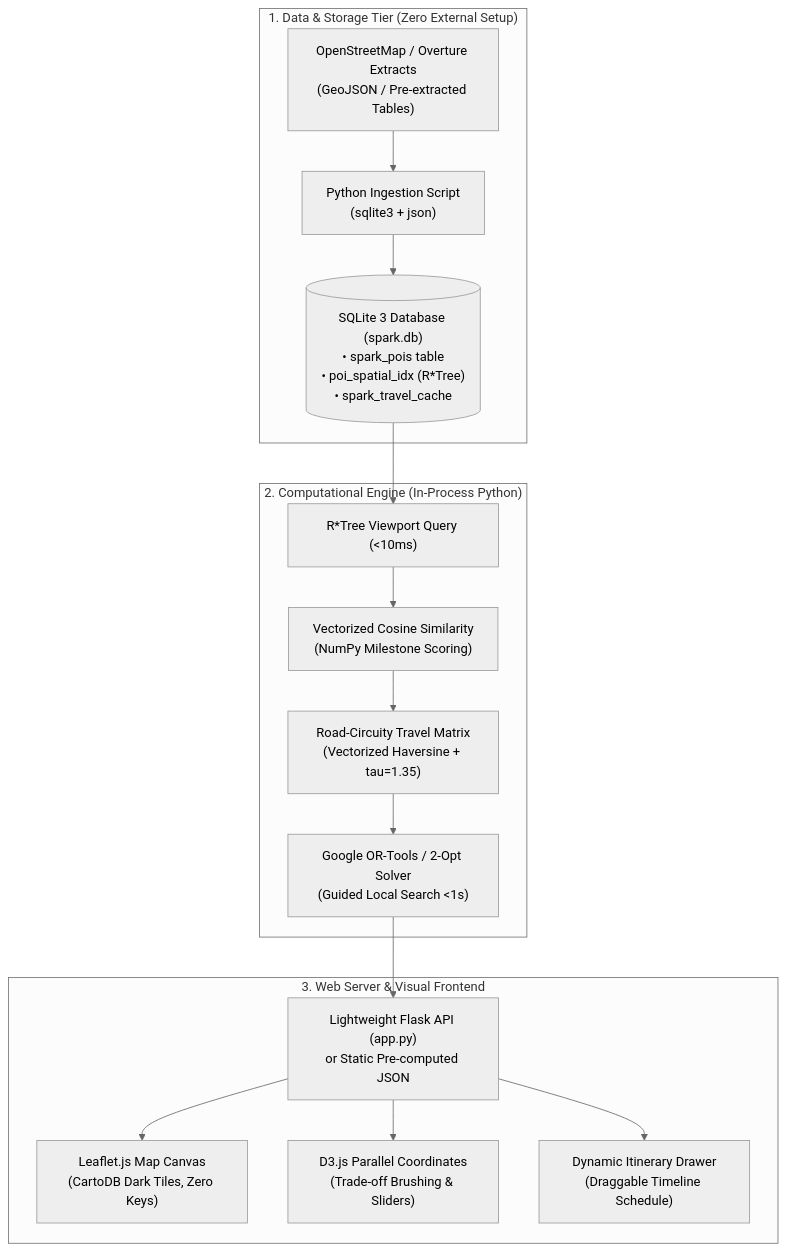
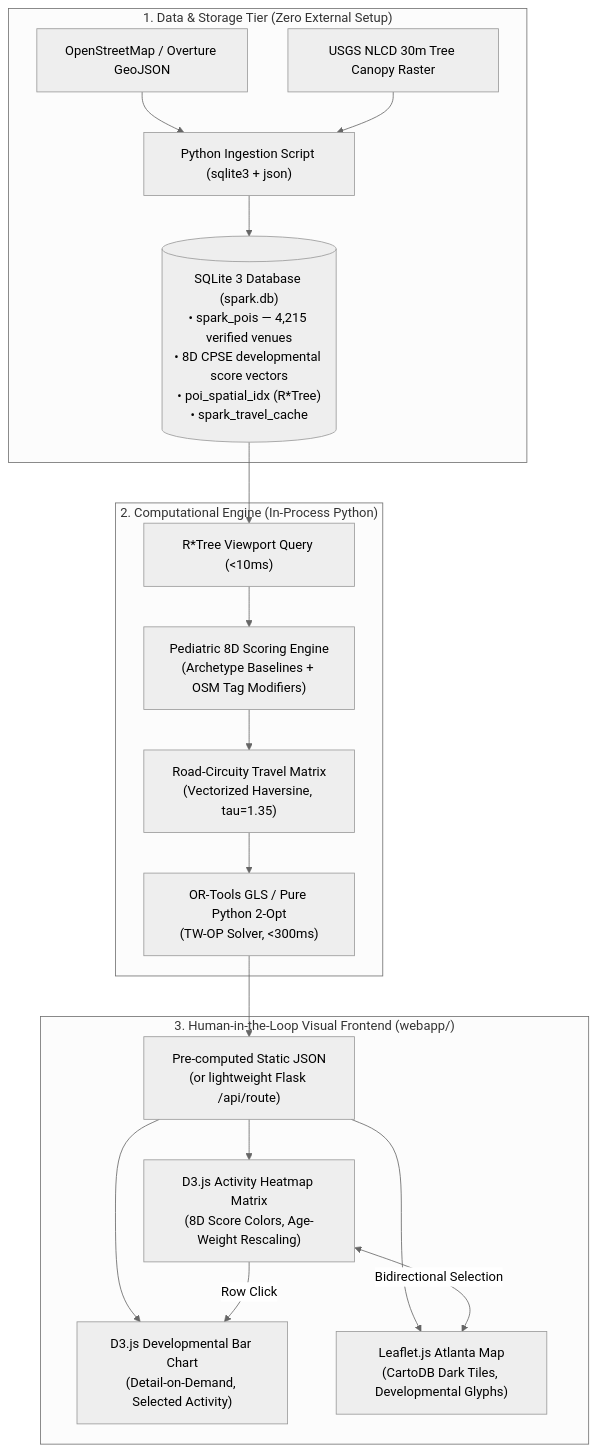
One commit to manoj-android/cse-6242-project changed the diagram in projectwork/docs/spark_technical_analysis.md. Above: the diagram before and after it, drawn with Mermaid (neutral theme). The commit also changed other lines of this file and 5 other files, not shown here.

````diff
--- a/projectwork/docs/spark_technical_analysis.md
+++ b/projectwork/docs/spark_technical_analysis.md
@@ -94,21 +139,35 @@
 ```mermaid
 flowchart TD
     subgraph DataLayer["1. Data & Storage Tier (Zero External Setup)"]
-        OSM["OpenStreetMap / Overture Extracts<br>(GeoJSON / Pre-extracted Tables)"] --> ETL["Python Ingestion Script<br>(sqlite3 + json)"]
-        ETL --> DB[("SQLite 3 Database (spark.db)<br>• spark_pois table<br>• poi_spatial_idx (R*Tree)<br>• spark_travel_cache")]
+        OSM["OpenStreetMap / Overture GeoJSON"] --> ETL["Python Ingestion Script (sqlite3 + json)"]
+        NLCD["USGS NLCD 30m Tree Canopy Raster"] --> ETL
+        ETL --> DB[("SQLite 3 Database (spark.db)
+• spark_pois — 4,215 verified venues
+• 8D CPSE developmental score vectors
+• poi_spatial_idx (R*Tree)
+• spark_travel_cache")]
     end
 
     subgraph AnalyticsLayer["2. Computational Engine (In-Process Python)"]
         DB --> Viewport["R*Tree Viewport Query (<10ms)"]
-        Viewport --> Recommender["Vectorized Cosine Similarity<br>(NumPy Milestone Scoring)"]
-        Recommender --> Matrix["Road-Circuity Travel Matrix<br>(Vectorized Haversine + tau=1.35)"]
-        Matrix --> Solver["Google OR-Tools / 2-Opt Solver<br>(Guided Local Search <1s)"]
+        Viewport --> Scorer["Pediatric 8D Scoring Engine
+(Archetype Baselines + OSM Tag Modifiers)"]
+        Scorer --> Matrix["Road-Circuity Travel Matrix
+(Vectorized Haversine, tau=1.35)"]
+        Matrix --> Solver["OR-Tools GLS / Pure Python 2-Opt
+(TW-OP Solver, <300ms)"]
     end
 
-    subgraph AppLayer["3. Web Server & Visual Frontend"]
-        Solver --> API["Lightweight Flask API (app.py)<br>or Static Pre-computed JSON"]
-        API --> Leaflet["Leaflet.js Map Canvas<br>(CartoDB Dark Tiles, Zero Keys)"]
-        API --> D3["D3.js Parallel Coordinates<br>(Trade-off Brushing & Sliders)"]
-        API --> Agenda["Dynamic Itinerary Drawer<br>(Draggable Timeline Schedule)"]
+    subgraph VisualLayer["3. Human-in-the-Loop Visual Frontend (webapp/)"]
+        Solver --> JSON["Pre-computed Static JSON
+(or lightweight Flask /api/route)"]
+        JSON --> Heatmap["D3.js Activity Heatmap Matrix
+(8D Score Colors, Age-Weight Rescaling)"]
+        JSON --> BarChart["D3.js Developmental Bar Chart
+(Detail-on-Demand, Selected Activity)"]
+        JSON --> Leaflet["Leaflet.js Atlanta Map
+(CartoDB Dark Tiles, Developmental Glyphs)"]
+        Heatmap <-->|Bidirectional Selection| Leaflet
+        Heatmap -->|Row Click| BarChart
     end
 ```
````
